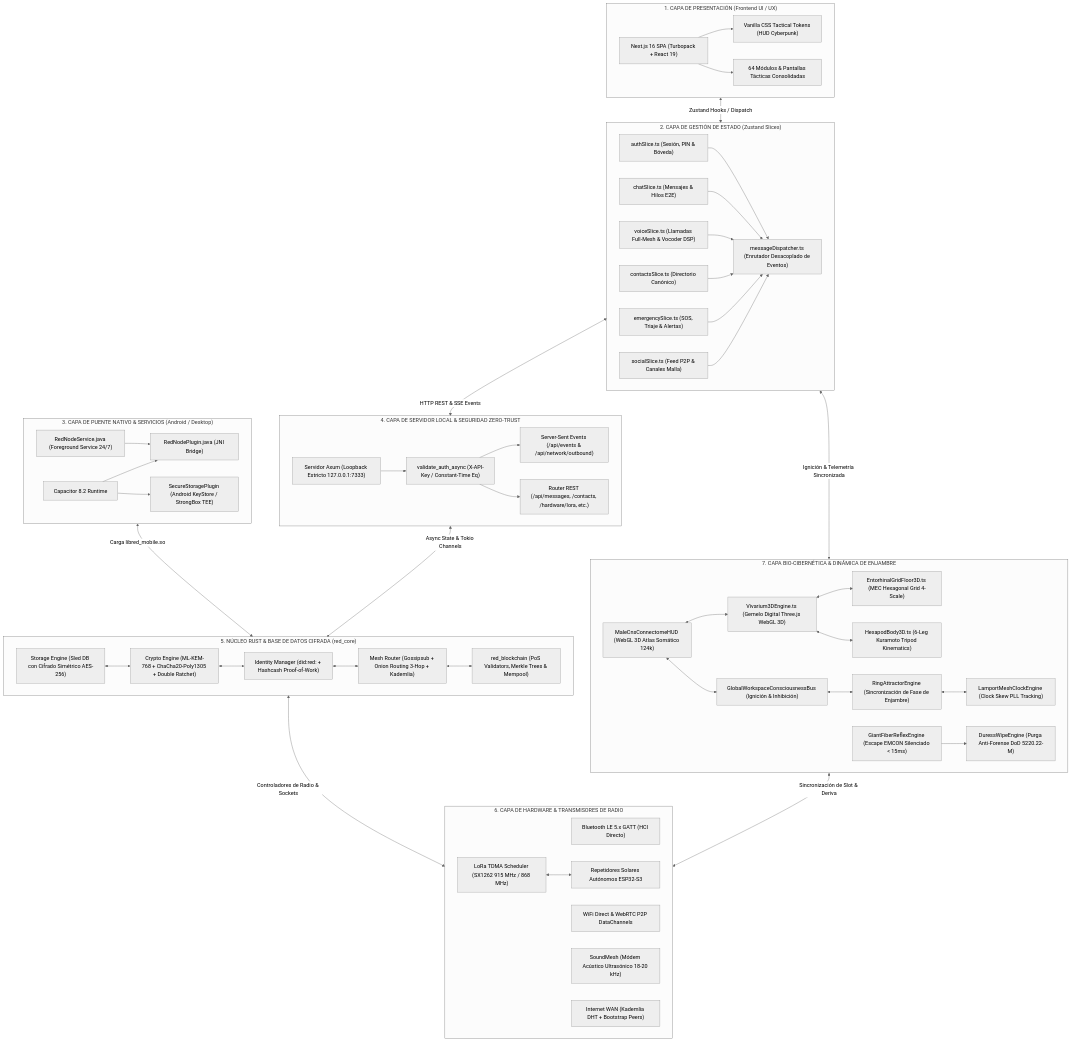
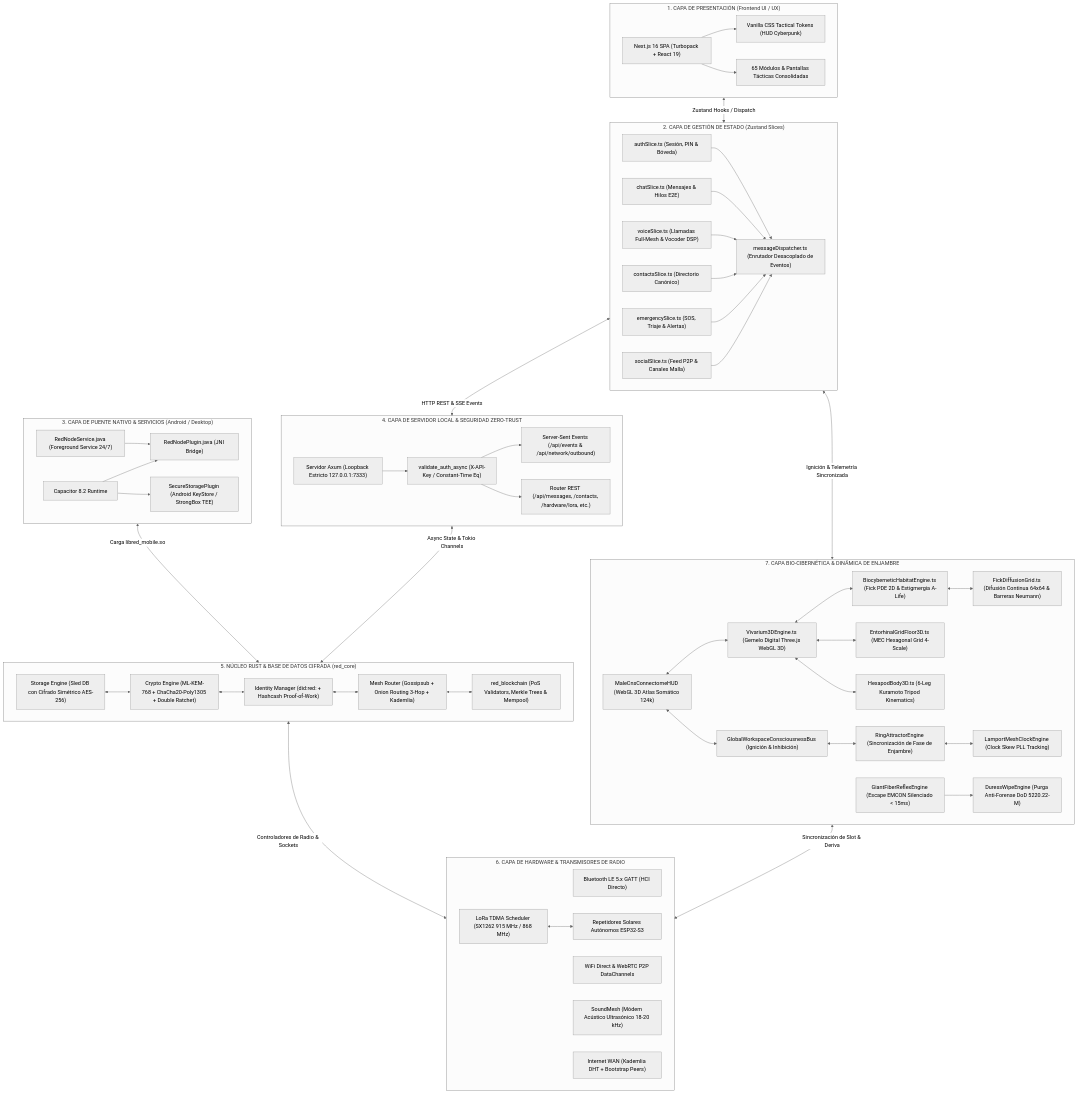
One commit to DarckRovert/RED changed the first of 11 diagrams in ARCHITECTURE.md. Above: the diagram before and after it, drawn with Mermaid (neutral theme). The commit also changed other lines of this file and 75 other files, not shown here.

```diff
--- a/ARCHITECTURE.md
+++ b/ARCHITECTURE.md
@@ -29,7 +30,7 @@
     subgraph CAPA_1_PRESENTACION ["1. CAPA DE PRESENTACIÓN (Frontend UI / UX)"]
         UI_SPA["Next.js 16 SPA (Turbopack + React 19)"]
         CSS_TOKENS["Vanilla CSS Tactical Tokens (HUD Cyberpunk)"]
-        MOD_CATALOG["64 Módulos & Pantallas Tácticas Consolidadas"]
+        MOD_CATALOG["65 Módulos & Pantallas Tácticas Consolidadas"]
         UI_SPA --> CSS_TOKENS
         UI_SPA --> MOD_CATALOG
     end
@@ -54,6 +55,8 @@
     subgraph CAPA_7_BIOCIBERNETICA ["7. CAPA BIO-CIBERNÉTICA & DINÁMICA DE ENJAMBRE"]
         CONNECTOME["MaleCnsConnectomeHUD (WebGL 3D Atlas Somático 124k)"]
         VIVARIUM_3D["Vivarium3DEngine.ts (Gemelo Digital Three.js WebGL 3D)"]
+        HABITAT_ENGINE["BiocyberneticHabitatEngine.ts (Fick PDE 2D & Estigmergia A-Life)"]
+        FICK_GRID["FickDiffusionGrid.ts (Difusión Continua 64x64 & Barreras Neumann)"]
         ENTORHINAL_GRID["EntorhinalGridFloor3D.ts (MEC Hexagonal Grid 4-Scale)"]
         CPG_HEXAPOD["HexapodBody3D.ts (6-Leg Kuramoto Tripod Kinematics)"]
         GNWT_BUS["GlobalWorkspaceConsciousnessBus (Ignición & Inhibición)"]
@@ -63,6 +66,8 @@
         DURESS_WIPE["DuressWipeEngine (Purga Anti-Forense DoD 5220.22-M)"]
         
         CONNECTOME <--> VIVARIUM_3D
+        VIVARIUM_3D <--> HABITAT_ENGINE
+        HABITAT_ENGINE <--> FICK_GRID
         VIVARIUM_3D <--> ENTORHINAL_GRID
         VIVARIUM_3D <--> CPG_HEXAPOD
         CONNECTOME <--> GNWT_BUS
```
